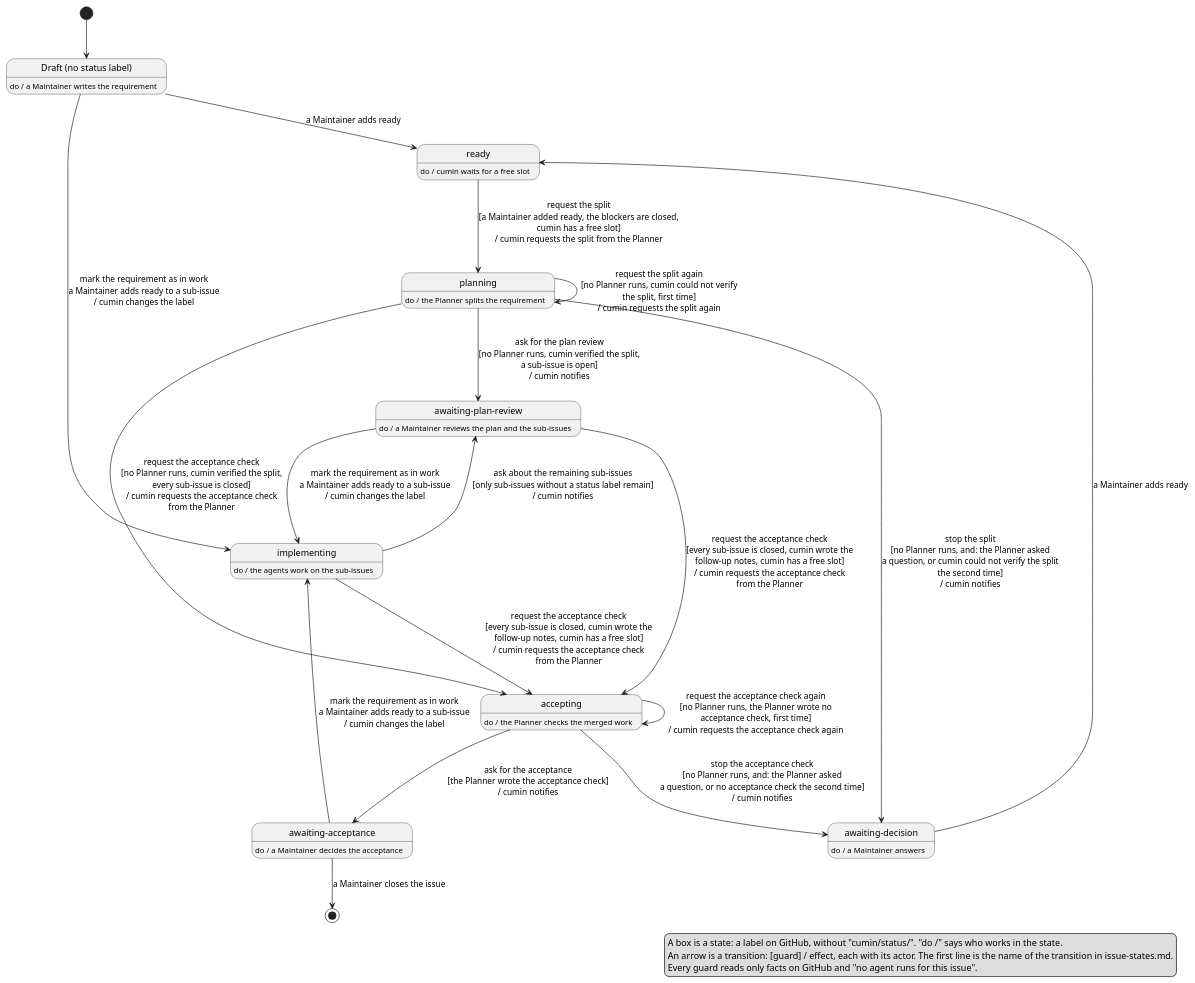
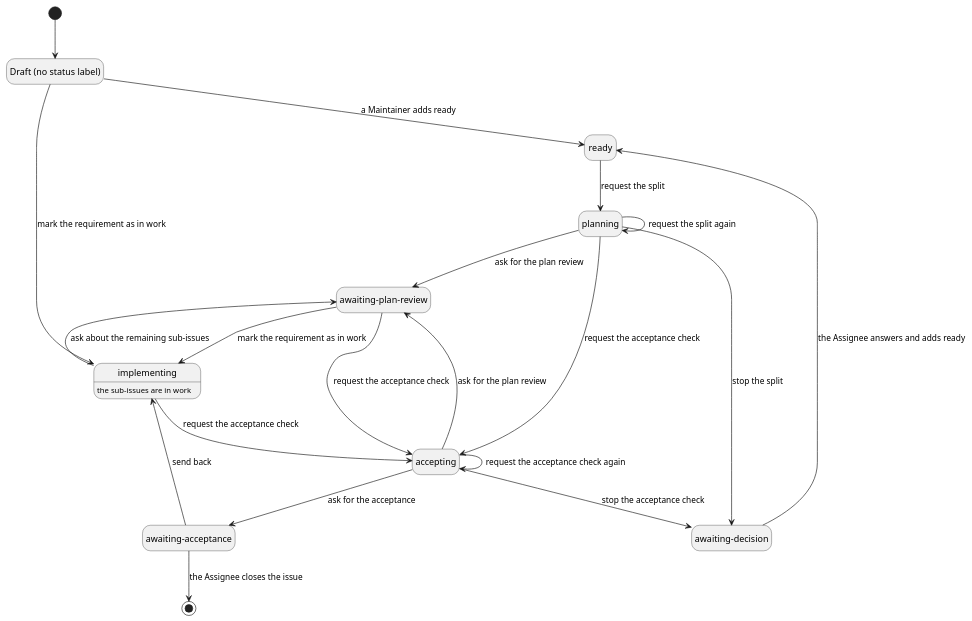
The diagram in docs/ja/requirements/requirement-issue-states.puml (cloveclovedev/cumin-works), drawn with PlantUML before and after one commit. The commit also changed 4 other files, not shown here.

First line of the commit message:
docs(requirements): redraw the overall state diagrams in the current terms

```diff
--- a/docs/ja/requirements/requirement-issue-states.puml
+++ b/docs/ja/requirements/requirement-issue-states.puml
@@ -1,58 +1,39 @@
 @startuml requirement-issue-states
-' cumin works - states of a requirement issue.
-' A state is a label on GitHub, written without "cumin/status/". "do /" says who works in the state.
-' A transition is written: [guard] / effect, with the name of the transition in front.
-' Every guard and effect names who acts. Render: run scripts/render-diagrams.sh at the root of the repository.
+' cumin-works - the states of a requirement issue, with the action names only.
+' Each category page holds the guards and what cumin does (plan, acceptance).
+' A state is a label on GitHub, written without "cumin/status/".
+' Render: run scripts/render-diagrams.sh at the root of the repository.
 
 hide empty description
 
 state "Draft (no status label)" as Draft
-Draft : do / a Maintainer writes the requirement
-
 state "ready" as Ready
-Ready : do / cumin waits for a free slot
-
 state "planning" as Planning
-Planning : do / the Planner splits the requirement
-
 state "awaiting-plan-review" as PlanReview
-PlanReview : do / a Maintainer reviews the plan and the sub-issues
-
 state "implementing" as Implementing
-Implementing : do / the agents work on the sub-issues
-
+Implementing : the sub-issues are in work
 state "accepting" as Accepting
-Accepting : do / the Planner checks the merged work
-
-state "awaiting-acceptance" as Acceptance
-Acceptance : do / a Maintainer decides the acceptance
-
+state "awaiting-acceptance" as AwaitingAcceptance
 state "awaiting-decision" as Decision
-Decision : do / a Maintainer answers
 
 [*] --> Draft
 Draft --> Ready : a Maintainer adds ready
-Draft --> Implementing : mark the requirement as in work\na Maintainer adds ready to a sub-issue\n/ cumin changes the label
-Ready --> Planning : request the split\n[a Maintainer added ready, the blockers are closed,\ncumin has a free slot]\n/ cumin requests the split from the Planner
-Planning --> PlanReview : ask for the plan review\n[no Planner runs, cumin verified the split,\na sub-issue is open]\n/ cumin notifies
-Planning --> Accepting : request the acceptance check\n[no Planner runs, cumin verified the split,\nevery sub-issue is closed]\n/ cumin requests the acceptance check\nfrom the Planner
-Planning --> Planning : request the split again\n[no Planner runs, cumin could not verify\nthe split, first time]\n/ cumin requests the split again
-Planning --> Decision : stop the split\n[no Planner runs, and: the Planner asked\na question, or cumin could not verify the split\nthe second time]\n/ cumin notifies
-PlanReview --> Implementing : mark the requirement as in work\na Maintainer adds ready to a sub-issue\n/ cumin changes the label
-Implementing --> Accepting : request the acceptance check\n[every sub-issue is closed, cumin wrote the\nfollow-up notes, cumin has a free slot]\n/ cumin requests the acceptance check\nfrom the Planner
-PlanReview --> Accepting : request the acceptance check\n[every sub-issue is closed, cumin wrote the\nfollow-up notes, cumin has a free slot]\n/ cumin requests the acceptance check\nfrom the Planner
-Implementing --> PlanReview : ask about the remaining sub-issues\n[only sub-issues without a status label remain]\n/ cumin notifies
-Accepting --> Acceptance : ask for the acceptance\n[the Planner wrote the acceptance check]\n/ cumin notifies
-Accepting --> Accepting : request the acceptance check again\n[no Planner runs, the Planner wrote no\nacceptance check, first time]\n/ cumin requests the acceptance check again
-Accepting --> Decision : stop the acceptance check\n[no Planner runs, and: the Planner asked\na question, or no acceptance check the second time]\n/ cumin notifies
-Acceptance --> Implementing : mark the requirement as in work\na Maintainer adds ready to a sub-issue\n/ cumin changes the label
-Acceptance --> [*] : a Maintainer closes the issue
-Decision --> Ready : a Maintainer adds ready
-
-legend right
-  A box is a state: a label on GitHub, without "cumin/status/". "do /" says who works in the state.
-  An arrow is a transition: [guard] / effect, each with its actor. The first line is the name of the transition in issue-states.md.
-  Every guard reads only facts on GitHub and "no agent runs for this issue".
-endlegend
+Ready --> Planning : request the split
+Planning --> Planning : request the split again
+Planning --> PlanReview : ask for the plan review
+Planning --> Decision : stop the split
+Draft --> Implementing : mark the requirement as in work
+PlanReview --> Implementing : mark the requirement as in work
+Implementing --> PlanReview : ask about the remaining sub-issues
+Planning --> Accepting : request the acceptance check
+Implementing --> Accepting : request the acceptance check
+PlanReview --> Accepting : request the acceptance check
+Accepting --> Accepting : request the acceptance check again
+Accepting --> AwaitingAcceptance : ask for the acceptance
+Accepting --> PlanReview : ask for the plan review
+Accepting --> Decision : stop the acceptance check
+AwaitingAcceptance --> Implementing : send back
+AwaitingAcceptance --> [*] : the Assignee closes the issue
+Decision --> Ready : the Assignee answers and adds ready
 
 @enduml
```
